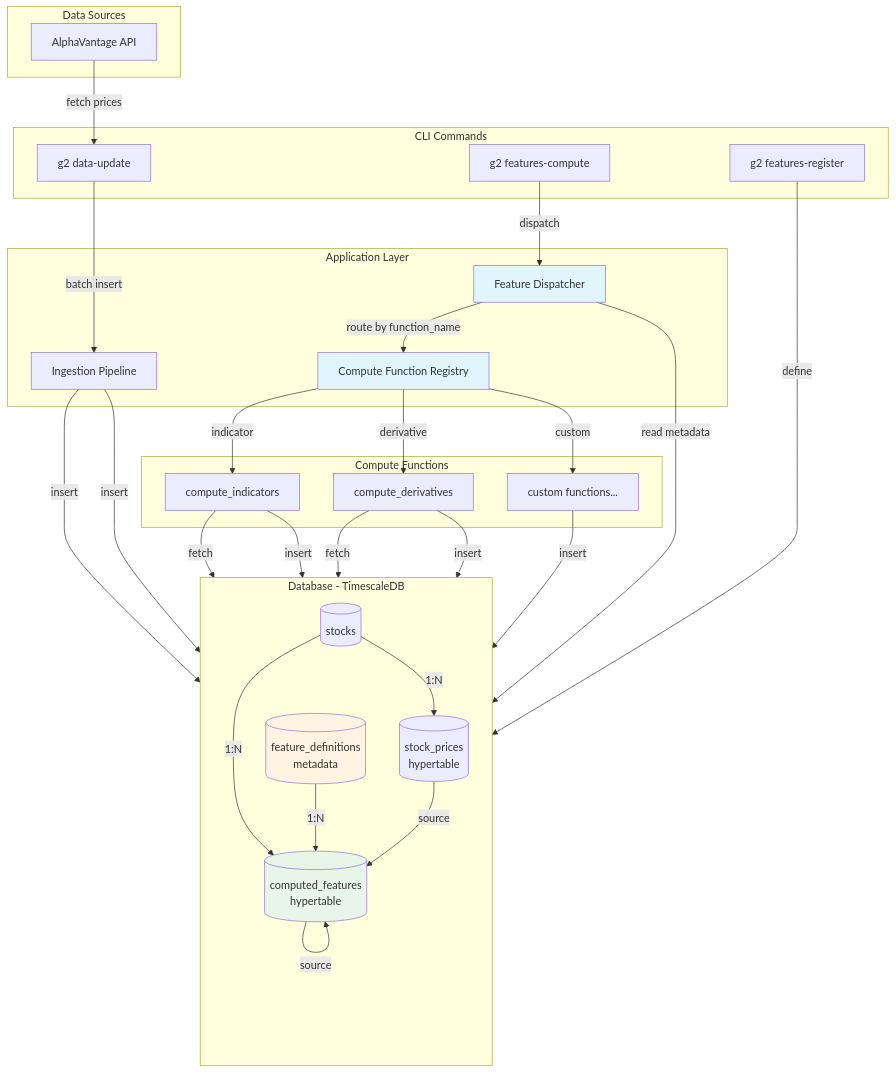
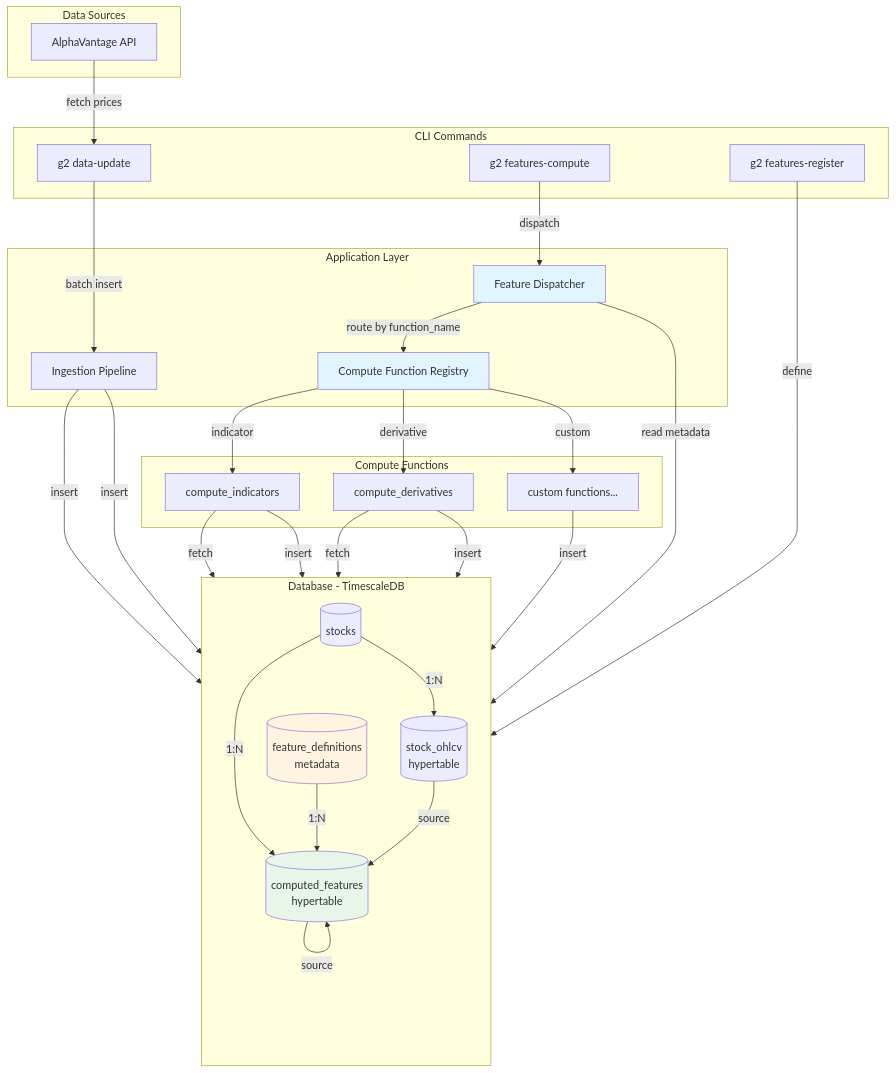
Before and after one commit to simonibsen/gefion: the diagram in README.md, drawn with Mermaid. The commit also changed other lines of this file and 50 other files, not shown here.

Commit message:
db: migrate to stock_ohlcv with adjusted dividends

````diff
--- a/README.md
+++ b/README.md
@@ -7,67 +7,67 @@
 ```mermaid
 graph TB
     subgraph "Data Sources"
         AV[AlphaVantage API]
     end
 
     subgraph "CLI Commands"
         DataUpdate[g2 data-update]
         FeaturesCompute[g2 features-compute]
         FeaturesRegister[g2 features-register]
     end
 
     subgraph "Application Layer"
         Ingestion[Ingestion Pipeline]
         Dispatcher[Feature Dispatcher]
         Registry[Compute Function Registry]
     end
 
     subgraph "Compute Functions"
         IndicatorFn[compute_indicators]
         DerivativeFn[compute_derivatives]
         CustomFn[custom functions...]
     end
 
     subgraph "Database - TimescaleDB"
         direction TB
         Stocks[(stocks)]
-        Prices[(stock_prices<br/>hypertable)]
+        Prices[(stock_ohlcv<br/>hypertable)]
         FeatureDefs[(feature_definitions<br/>metadata)]
         ComputedFeatures[(computed_features<br/>hypertable)]
 
         Stocks -->|1:N| Prices
         Stocks -->|1:N| ComputedFeatures
         FeatureDefs -->|1:N| ComputedFeatures
         Prices -->|source| ComputedFeatures
         ComputedFeatures -->|source| ComputedFeatures
     end
 
     %% Data ingestion flow
     AV -->|fetch prices| DataUpdate
     DataUpdate -->|batch insert| Ingestion
     Ingestion -->|insert| Stocks
     Ingestion -->|insert| Prices
 
     %% Feature registration flow
     FeaturesRegister -->|define| FeatureDefs
 
     %% Feature computation flow
     FeaturesCompute -->|dispatch| Dispatcher
     Dispatcher -->|read metadata| FeatureDefs
     Dispatcher -->|route by function_name| Registry
     Registry -->|indicator| IndicatorFn
     Registry -->|derivative| DerivativeFn
     Registry -->|custom| CustomFn
 
     IndicatorFn -->|fetch| Prices
     DerivativeFn -->|fetch| ComputedFeatures
 
     IndicatorFn -->|insert| ComputedFeatures
     DerivativeFn -->|insert| ComputedFeatures
     CustomFn -->|insert| ComputedFeatures
 
     style Dispatcher fill:#e1f5ff
     style Registry fill:#e1f5ff
     style FeatureDefs fill:#fff4e1
     style ComputedFeatures fill:#e8f5e9
 ```
````
